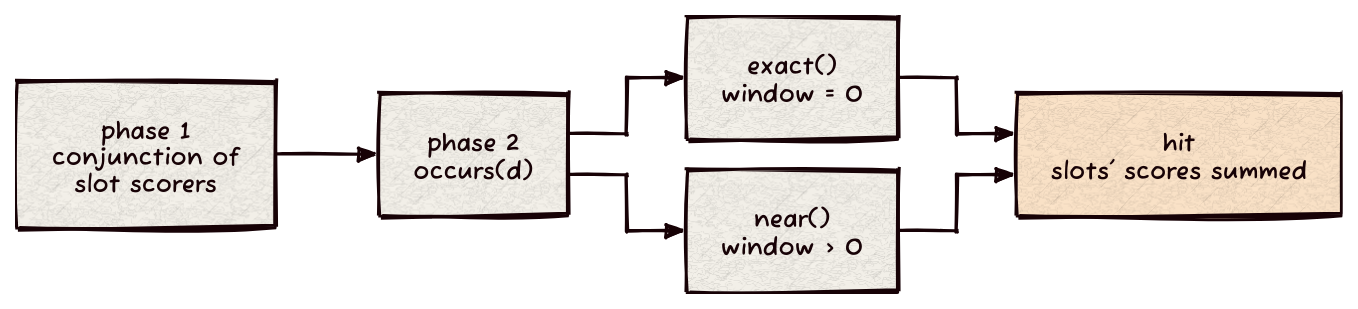
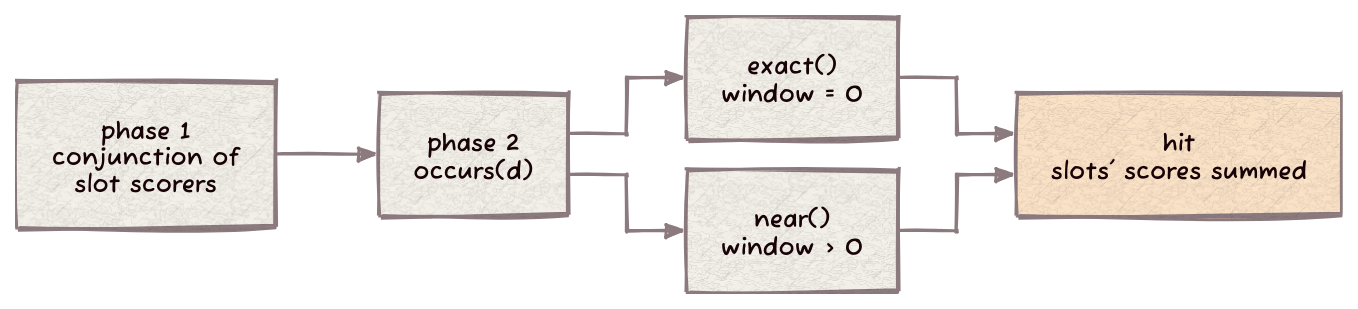
One commit to Kronuz/prospect changed the diagram in docs/mechanisms/phrase-alternatives.d2. Above: the diagram before and after it, drawn with D2. The commit also changed 3 other files, not shown here.

First line of the commit message:
Render the diagrams for light and dark pages

```diff
--- a/docs/mechanisms/phrase-alternatives.d2
+++ b/docs/mechanisms/phrase-alternatives.d2
@@ -1,13 +1,15 @@
-vars: { d2-config: { layout-engine: elk; theme-id: 302; sketch: true; pad: 24 } }
+vars: { d2-config: { layout-engine: elk; theme-id: 302; sketch: true; pad: 24; theme-overrides: { B1: "#8C7B7E"; B2: "#C25B73"; N2: "#C25B73" } } }
+style.fill: transparent
+
 direction: right
 
 conj: "phase 1\nconjunction of\nslot scorers" { style.fill: "#F4F1EA" }
 occ: "phase 2\noccurs(d)" { style.fill: "#F4F1EA" }
 exact: "exact()\nwindow = 0" { style.fill: "#F4F1EA" }
 nr: "near()\nwindow > 0" { style.fill: "#F4F1EA" }
 hit: "hit\nslots' scores summed" { style.fill: "#FBE3C8" }
 conj -> occ
 occ -> exact
 occ -> nr
 exact -> hit
 nr -> hit
```
